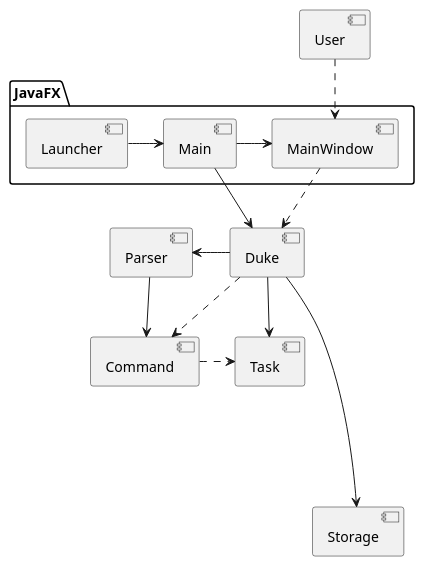
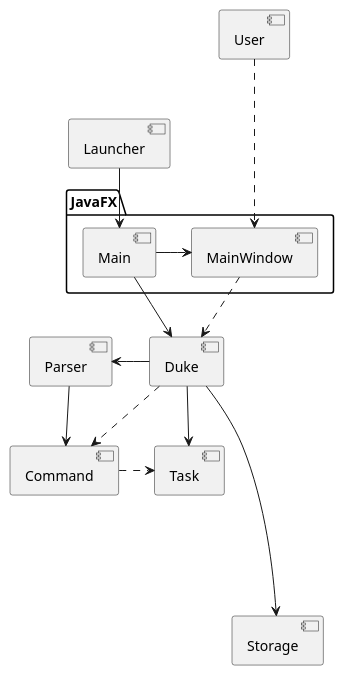
One commit to nus-tic4002-AY2122s2/ip changed the diagram in docs/diagrams/ArchitectureDiagram.puml. Above: the diagram before and after it, drawn with PlantUML.

Commit message:
Move Launcher out of JavaFX

```diff
--- a/docs/diagrams/ArchitectureDiagram.puml
+++ b/docs/diagrams/ArchitectureDiagram.puml
@@ -1,15 +1,17 @@
 @startuml
 package "JavaFX" {
-    [Launcher] -> [Main]
-    [Main] -> [MainWindow]
+    [Main]
+    [MainWindow]
 }
+[Launcher] -down-> [Main]
+[Main] -> [MainWindow]
 [Main] -down-> [Duke]
-[User] .down.> [MainWindow]
+[User] .down..> [MainWindow]
 [MainWindow] .> [Duke]
 [Duke] -down-> [Task]
 [Duke] ----> [Storage]
 [Duke] -left-> [Parser]
 [Parser] -down-> [Command]
 [Duke] .down.> [Command]
 [Command] .> [Task]
 @enduml
```
